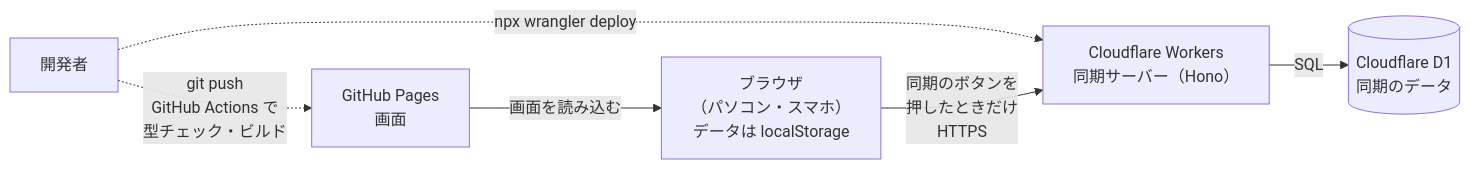
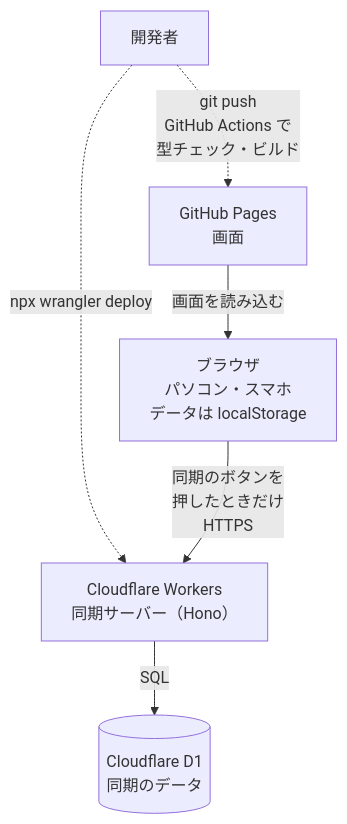
One commit to syugo1142/gbf-tracker changed the diagram in README.md. Above: the diagram before and after it, drawn with Mermaid.

Commit message:
構成図を縦向きにし、GitHubの拡大ボタンと重ならないようにする

````diff
--- a/README.md
+++ b/README.md
@@ -54,14 +54,14 @@
 ```mermaid
-flowchart LR
+flowchart TB
   dev["開発者"]
   pages["GitHub Pages<br>画面"]
-  browser["ブラウザ<br>（パソコン・スマホ）<br>データは localStorage"]
+  browser["ブラウザ<br>パソコン・スマホ<br>データは localStorage"]
   worker["Cloudflare Workers<br>同期サーバー（Hono）"]
   d1[("Cloudflare D1<br>同期のデータ")]
 
   dev -.->|"git push<br>GitHub Actions で<br>型チェック・ビルド"| pages
   dev -.->|"npx wrangler deploy"| worker
   pages -->|"画面を読み込む"| browser
   browser -->|"同期のボタンを<br>押したときだけ<br>HTTPS"| worker
   worker -->|"SQL"| d1
 ```
````
